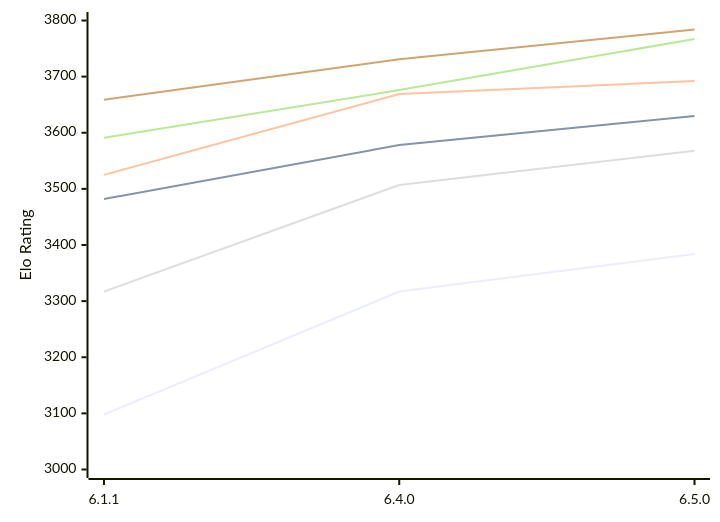
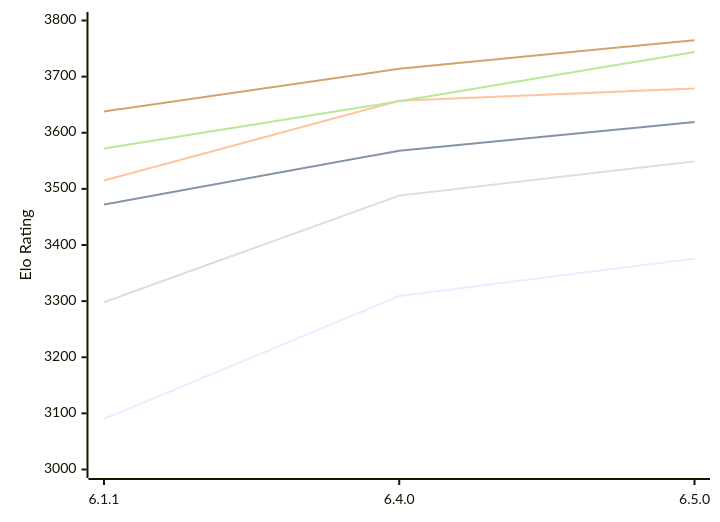
The first of 2 diagrams in engines/Zigqueen.md (computer-chess-index/cci), drawn with Mermaid before and after one commit. The commit also changed other lines of this file, not shown here.

Commit message:
Update CCI Ratings (ELO VLTC) - 2026-11-02

````diff
--- a/engines/Zigqueen.md
+++ b/engines/Zigqueen.md
@@ -55,12 +55,12 @@
 ```mermaid
 %%{init: {"theme":"base","themeVariables":{"seriesColors:['#a3a3a3','#222221','#faa371']}}}%%
 xychart-beta
   x-axis ["6.1.1", "6.4.0", "6.5.0"]
   y-axis "Elo Rating" 3000 --> 3800
-  line "E1: STC (8.0+0.08s)" [3098, 3317, 3384]
-  line "E1: LTC (60.0+0.60s)" [3482, 3578, 3630]
-  line "E1: VLTC (2m24s+1.12s)" [3525, 3669, 3692]
-  line "P1: STC (8.0+0.08s)" [3317, 3507, 3568]
-  line "P1: LTC (60.0+0.60s)" [3591, 3676, 3767]
-  line "P1: VLTC (2m24s+1.12s)" [3659, 3731, 3784]
+  line "E1: STC (8.0+0.08s)" [3090, 3309, 3376]
+  line "E1: LTC (60.0+0.60s)" [3472, 3568, 3619]
+  line "E1: VLTC (2m24s+1.12s)" [3515, 3657, 3679]
+  line "P1: STC (8.0+0.08s)" [3298, 3488, 3549]
+  line "P1: LTC (60.0+0.60s)" [3572, 3656, 3744]
+  line "P1: VLTC (2m24s+1.12s)" [3638, 3714, 3765]
 ```
````
